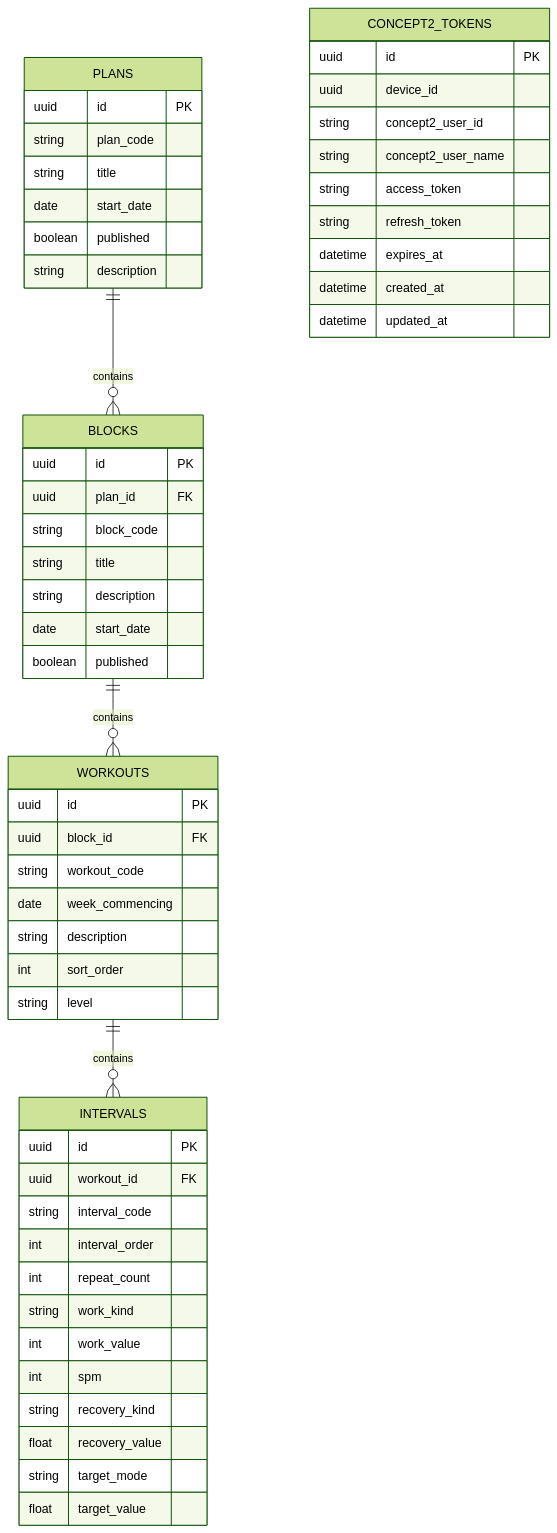
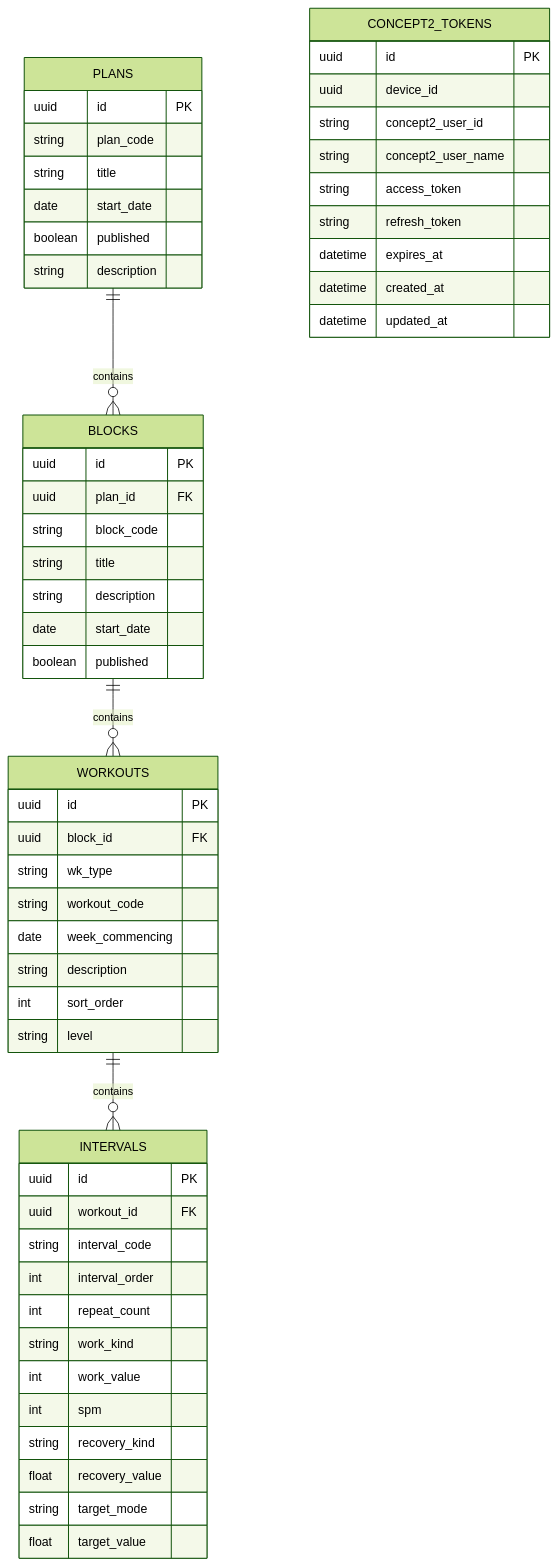
Before and after one commit to dxdavidson/nbrctraining: the diagram in docs/database-schema.md, drawn with Mermaid (forest theme). The commit also changed 13 other files, not shown here.

````diff
--- a/docs/database-schema.md
+++ b/docs/database-schema.md
@@ -1,57 +1,58 @@
 ```mermaid
 erDiagram
 	PLANS {
         uuid id PK
 		string plan_code
 		string title
 		date start_date
 		boolean published
 		string description
 	}
 	BLOCKS {
 		uuid id PK
         uuid plan_id FK
 		string block_code 
 		string title
 		string description
 		date start_date
 		boolean published
 	}
 	WORKOUTS {
         uuid id PK
         uuid block_id FK		
+		string wk_type
 		string workout_code
 		date week_commencing
 		string description
 		int sort_order
 		string level
 	}
 	INTERVALS {
         uuid id PK
         uuid workout_id FK		
 		string interval_code
 		int interval_order
 		int repeat_count
 		string work_kind
 		int work_value
 		int spm
 		string recovery_kind
 		float recovery_value
 		string target_mode
 		float target_value
 	}
 	CONCEPT2_TOKENS {
         uuid id PK
         uuid device_id
         string concept2_user_id
 		string concept2_user_name
         string access_token
         string refresh_token
         datetime expires_at
         datetime created_at
         datetime updated_at
 	}
 	PLANS ||--o{ BLOCKS : contains
 	BLOCKS ||--o{ WORKOUTS : contains
 	WORKOUTS ||--o{ INTERVALS : contains
 ```
````
